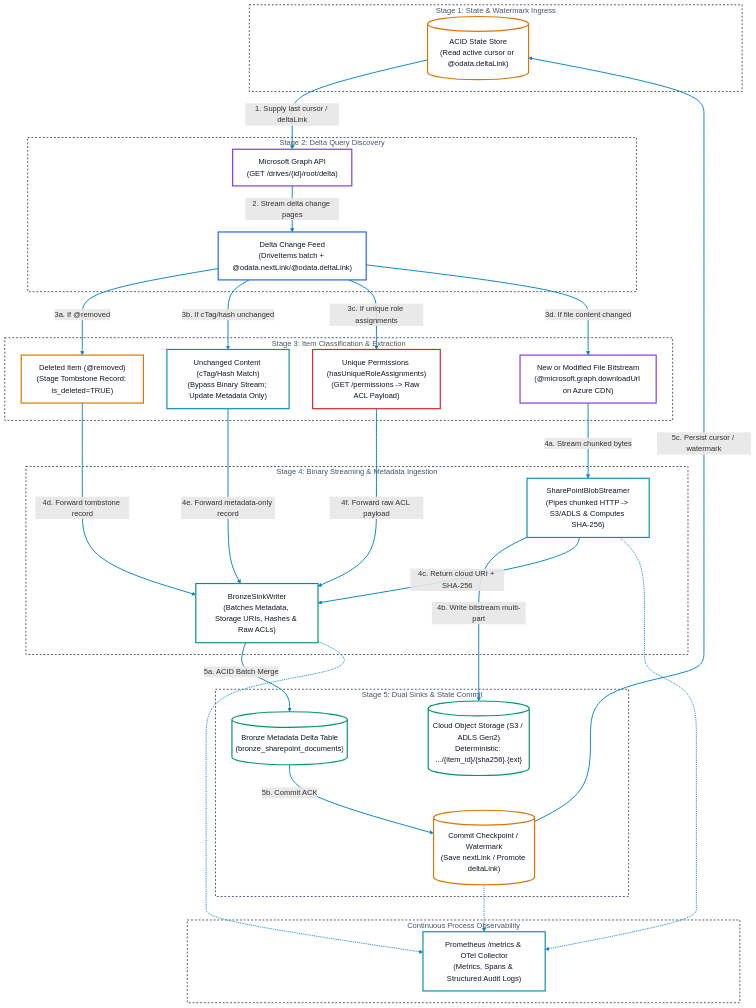
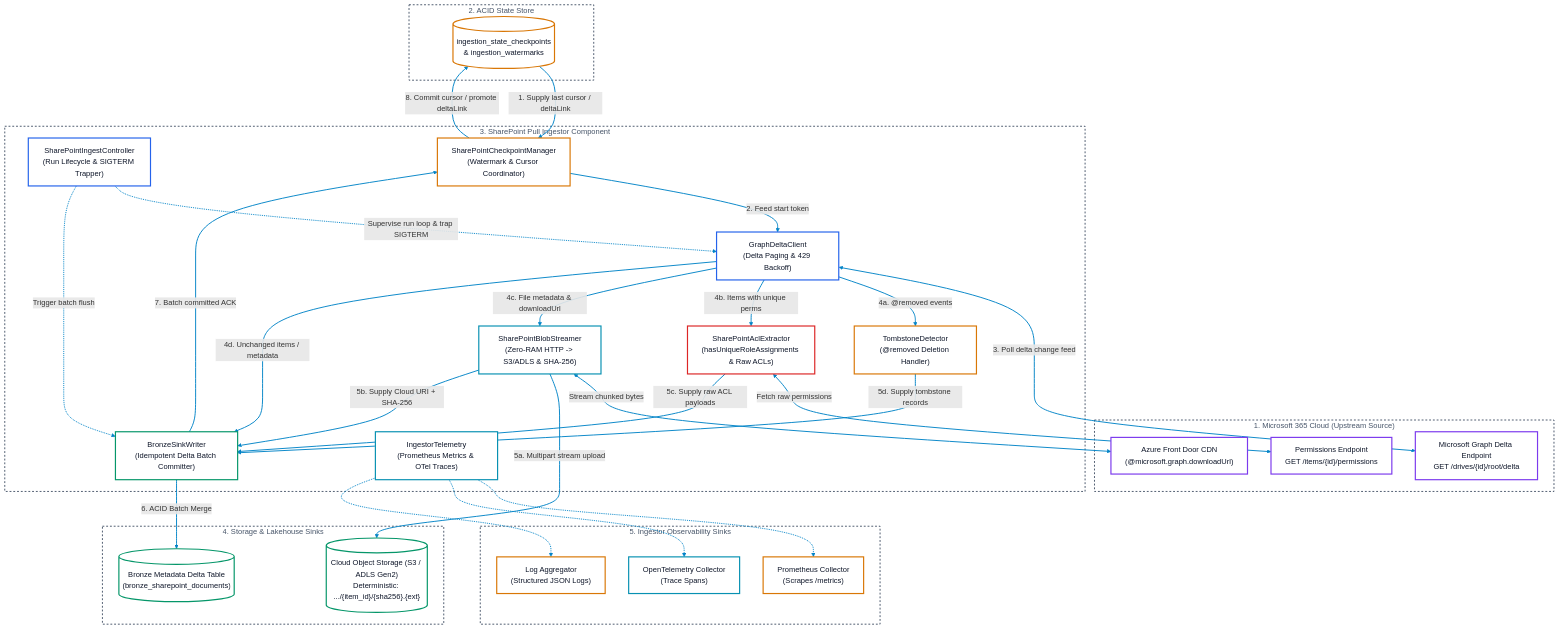
The first of 2 diagrams in docs/architectures/sharepoint_pull_ingestor_architecture.md (toanbui626391/document_ingestors), drawn with Mermaid before and after one commit. The commit also changed 2 other files, not shown here.

````diff
--- a/docs/architectures/sharepoint_pull_ingestor_architecture.md
+++ b/docs/architectures/sharepoint_pull_ingestor_architecture.md
@@ -14,79 +14,82 @@
 ```mermaid
 flowchart TD
-    subgraph Stage1 ["Stage 1: State & Watermark Ingress"]
-        StateDB[("ACID State Store\n(Read active cursor or @odata.deltaLink)")]:::amber
+    subgraph UpstreamM365 ["1. Microsoft 365 Cloud (Upstream Source)"]
+        GraphDelta["Microsoft Graph Delta Endpoint\nGET /drives/{id}/root/delta"]:::purple
+        GraphPerms["Permissions Endpoint\nGET /items/{id}/permissions"]:::purple
+        AzureCDN["Azure Front Door CDN\n(@microsoft.graph.downloadUrl)"]:::purple
     end
 
-    subgraph Stage2 ["Stage 2: Delta Query Discovery"]
-        GraphAPI["Microsoft Graph API\n(GET /drives/{id}/root/delta)"]:::purple
-        DeltaResponse["Delta Change Feed\n(DriveItems batch + @odata.nextLink/@odata.deltaLink)"]:::blue
+    subgraph StateTier ["2. ACID State Store"]
+        StateDB[("ingestion_state_checkpoints\n& ingestion_watermarks")]:::amber
     end
 
-    subgraph Stage3 ["Stage 3: Item Classification & Extraction"]
-        TombstoneBranch["Deleted Item (@removed)\n(Stage Tombstone Record: is_deleted=TRUE)"]:::amber
-        UnchangedBranch["Unchanged Content (cTag/Hash Match)\n(Bypass Binary Stream; Update Metadata Only)"]:::cyan
-        AclBranch["Unique Permissions (hasUniqueRoleAssignments)\n(GET /permissions -> Raw ACL Payload)"]:::red
-        ModifiedBranch["New or Modified File Bitstream\n(@microsoft.graph.downloadUrl on Azure CDN)"]:::purple
+    subgraph SharePointIngestor ["3. SharePoint Pull Ingestor Component"]
+        Controller["SharePointIngestController\n(Run Lifecycle & SIGTERM Trapper)"]:::blue
+        CheckpointMgr["SharePointCheckpointManager\n(Watermark & Cursor Coordinator)"]:::amber
+        DeltaClient["GraphDeltaClient\n(Delta Paging & 429 Backoff)"]:::blue
+        TombstoneHandler["TombstoneDetector\n(@removed Deletion Handler)"]:::amber
+        AclExtractor["SharePointAclExtractor\n(hasUniqueRoleAssignments & Raw ACLs)"]:::red
+        BlobStreamer["SharePointBlobStreamer\n(Zero-RAM HTTP -> S3/ADLS & SHA-256)"]:::cyan
+        BronzeWriter["BronzeSinkWriter\n(Idempotent Delta Batch Committer)"]:::green
+        Telemetry["IngestorTelemetry\n(Prometheus Metrics & OTel Traces)"]:::cyan
     end
 
-    subgraph Stage4 ["Stage 4: Binary Streaming & Metadata Ingestion"]
-        StreamEngine["SharePointBlobStreamer\n(Pipes chunked HTTP -> S3/ADLS & Computes SHA-256)"]:::cyan
-        BronzeEngine["BronzeSinkWriter\n(Batches Metadata, Storage URIs, Hashes & Raw ACLs)"]:::green
+    subgraph IngestSinks ["4. Storage & Lakehouse Sinks"]
+        CloudStorage[("Cloud Object Storage (S3 / ADLS Gen2)\nDeterministic: .../{item_id}/{sha256}.{ext}")]:::green
+        BronzeTable[("Bronze Metadata Delta Table\n(bronze_sharepoint_documents)")]:::green
     end
 
-    subgraph Stage5 ["Stage 5: Dual Sinks & State Commit"]
-        ObjectStore[("Cloud Object Storage (S3 / ADLS Gen2)\nDeterministic: .../{item_id}/{sha256}.{ext}")]:::green
-        BronzeTable[("Bronze Metadata Delta Table\n(bronze_sharepoint_documents)")]:::green
-        CommitState[("Commit Checkpoint / Watermark\n(Save nextLink / Promote deltaLink)")]:::amber
-    end
-
-    subgraph TelemetrySink ["Continuous Process Observability"]
-        MetricsExporter["Prometheus /metrics & OTel Collector\n(Metrics, Spans & Structured Audit Logs)"]:::cyan
+    subgraph Observability ["5. Ingestor Observability Sinks"]
+        Prom["Prometheus Collector\n(Scrapes /metrics)"]:::amber
+        Otel["OpenTelemetry Collector\n(Trace Spans)"]:::cyan
+        Logs["Log Aggregator\n(Structured JSON Logs)"]:::amber
     end
 
     %% Data Flow Transitions
-    StateDB -->|1. Supply last cursor / deltaLink| GraphAPI
-    GraphAPI -->|2. Stream delta change pages| DeltaResponse
+    StateDB -->|1. Supply last cursor / deltaLink| CheckpointMgr
+    CheckpointMgr -->|2. Feed start token| DeltaClient
+    DeltaClient <-->|3. Poll delta change feed| GraphDelta
 
-    DeltaResponse -->|3a. If @removed| TombstoneBranch
-    DeltaResponse -->|3b. If cTag/hash unchanged| UnchangedBranch
-    DeltaResponse -->|3c. If unique role assignments| AclBranch
-    DeltaResponse -->|3d. If file content changed| ModifiedBranch
+    DeltaClient -->|4a. @removed events| TombstoneHandler
+    DeltaClient -->|4b. Items with unique perms| AclExtractor
+    DeltaClient -->|4c. File metadata & downloadUrl| BlobStreamer
+    DeltaClient -->|4d. Unchanged items / metadata| BronzeWriter
 
-    ModifiedBranch -->|4a. Stream chunked bytes| StreamEngine
-    StreamEngine -->|4b. Write bitstream multi-part| ObjectStore
-    StreamEngine -->|4c. Return cloud URI + SHA-256| BronzeEngine
+    AclExtractor <-->|Fetch raw permissions| GraphPerms
+    BlobStreamer <-->|Stream chunked bytes| AzureCDN
 
-    TombstoneBranch -->|4d. Forward tombstone record| BronzeEngine
-    UnchangedBranch -->|4e. Forward metadata-only record| BronzeEngine
-    AclBranch -->|4f. Forward raw ACL payload| BronzeEngine
+    BlobStreamer -->|5a. Multipart stream upload| CloudStorage
+    BlobStreamer -->|5b. Supply Cloud URI + SHA-256| BronzeWriter
+    AclExtractor -->|5c. Supply raw ACL payloads| BronzeWriter
+    TombstoneHandler -->|5d. Supply tombstone records| BronzeWriter
 
-    BronzeEngine -->|5a. ACID Batch Merge| BronzeTable
-    BronzeTable -->|5b. Commit ACK| CommitState
-    CommitState -->|5c. Persist cursor / watermark| StateDB
+    BronzeWriter -->|6. ACID Batch Merge| BronzeTable
+    BronzeWriter -->|7. Batch committed ACK| CheckpointMgr
+    CheckpointMgr -->|8. Commit cursor / promote deltaLink| StateDB
 
-    %% Telemetry Flow
-    StreamEngine -.-> MetricsExporter
-    BronzeEngine -.-> MetricsExporter
-    CommitState -.-> MetricsExporter
+    %% Controller & Telemetry
+    Controller -.->|Supervise run loop & trap SIGTERM| DeltaClient
+    Controller -.->|Trigger batch flush| BronzeWriter
+    Telemetry -.-> Prom
+    Telemetry -.-> Otel
+    Telemetry -.-> Logs
 
     %% Subgraphs Styling
-    style Stage1 fill:none,stroke:#475569,stroke-width:2px,stroke-dasharray: 4 4,color:#475569
-    style Stage2 fill:none,stroke:#475569,stroke-width:2px,stroke-dasharray: 4 4,color:#475569
-    style Stage3 fill:none,stroke:#475569,stroke-width:2px,stroke-dasharray: 4 4,color:#475569
-    style Stage4 fill:none,stroke:#475569,stroke-width:2px,stroke-dasharray: 4 4,color:#475569
-    style Stage5 fill:none,stroke:#475569,stroke-width:2px,stroke-dasharray: 4 4,color:#475569
-    style TelemetrySink fill:none,stroke:#475569,stroke-width:2px,stroke-dasharray: 4 4,color:#475569
+    style UpstreamM365 fill:none,stroke:#475569,stroke-width:2px,stroke-dasharray: 4 4,color:#475569
+    style StateTier fill:none,stroke:#475569,stroke-width:2px,stroke-dasharray: 4 4,color:#475569
+    style SharePointIngestor fill:none,stroke:#475569,stroke-width:2px,stroke-dasharray: 4 4,color:#475569
+    style IngestSinks fill:none,stroke:#475569,stroke-width:2px,stroke-dasharray: 4 4,color:#475569
+    style Observability fill:none,stroke:#475569,stroke-width:2px,stroke-dasharray: 4 4,color:#475569
 
     %% High-Visibility Link Arrows
     linkStyle default stroke:#0284c7,stroke-width:2px
 
     %% Dual-Mode Card Palette
     classDef default fill:#ffffff,stroke:#475569,stroke-width:2.5px,color:#0f172a;
     classDef blue    fill:#ffffff,stroke:#2563eb,stroke-width:2.5px,color:#0f172a;
     classDef green   fill:#ffffff,stroke:#059669,stroke-width:2.5px,color:#0f172a;
     classDef amber   fill:#ffffff,stroke:#d97706,stroke-width:2.5px,color:#0f172a;
     classDef purple  fill:#ffffff,stroke:#7c3aed,stroke-width:2.5px,color:#0f172a;
     classDef red     fill:#ffffff,stroke:#dc2626,stroke-width:2.5px,color:#0f172a;
     classDef cyan    fill:#ffffff,stroke:#0891b2,stroke-width:2.5px,color:#0f172a;
 ```
````
